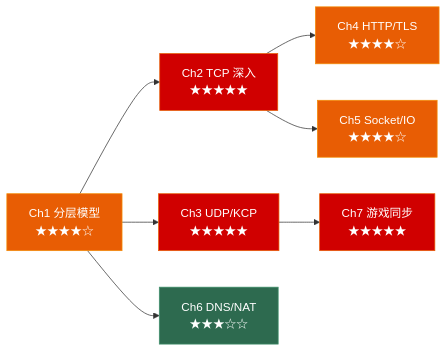
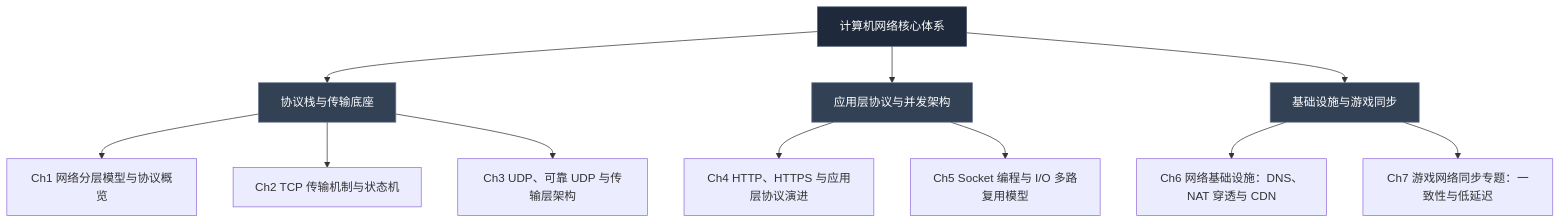
The diagram in src/content/posts/network/index.md (Lumivers/firefly), drawn with Mermaid before and after one commit. The commit also changed other lines of this file and 18 other files, not shown here.

````diff
--- a/src/content/posts/network/index.md
+++ b/src/content/posts/network/index.md
@@ -23,23 +35,21 @@
 ```mermaid
-graph LR
-    Ch1["Ch1 分层模型\n★★★★☆"]
-    Ch2["Ch2 TCP 深入\n★★★★★"]
-    Ch3["Ch3 UDP/KCP\n★★★★★"]
-    Ch4["Ch4 HTTP/TLS\n★★★★☆"]
-    Ch5["Ch5 Socket/IO\n★★★★☆"]
-    Ch6["Ch6 DNS/NAT\n★★★☆☆"]
-    Ch7["Ch7 游戏同步\n★★★★★"]
+graph TD
+    A["计算机网络核心体系"] --> B["协议栈与传输底座"]
+    A --> C["应用层协议与并发架构"]
+    A --> D["基础设施与游戏同步"]
 
-    Ch1 --> Ch2 --> Ch4
-    Ch1 --> Ch3 --> Ch7
-    Ch2 --> Ch5
-    Ch1 --> Ch6
+    B --> B1["Ch1 网络分层模型与协议概览"]
+    B --> B2["Ch2 TCP 传输机制与状态机"]
+    B --> B3["Ch3 UDP、可靠 UDP 与传输层架构"]
 
-    style Ch2 fill:#d00000,stroke:#e85d04,color:white
-    style Ch3 fill:#d00000,stroke:#e85d04,color:white
-    style Ch7 fill:#d00000,stroke:#e85d04,color:white
-    style Ch1 fill:#e85d04,stroke:#f48c06,color:white
-    style Ch4 fill:#e85d04,stroke:#f48c06,color:white
-    style Ch5 fill:#e85d04,stroke:#f48c06,color:white
-    style Ch6 fill:#2d6a4f,stroke:#40916c,color:white
+    C --> C1["Ch4 HTTP、HTTPS 与应用层协议演进"]
+    C --> C2["Ch5 Socket 编程与 I/O 多路复用模型"]
+
+    D --> D1["Ch6 网络基础设施：DNS、NAT 穿透与 CDN"]
+    D --> D2["Ch7 游戏网络同步专题：一致性与低延迟"]
+
+    style A fill:#1e293b,stroke:#475569,color:#fff
+    style B fill:#334155,stroke:#64748b,color:#fff
+    style C fill:#334155,stroke:#64748b,color:#fff
+    style D fill:#334155,stroke:#64748b,color:#fff
 ```
````
